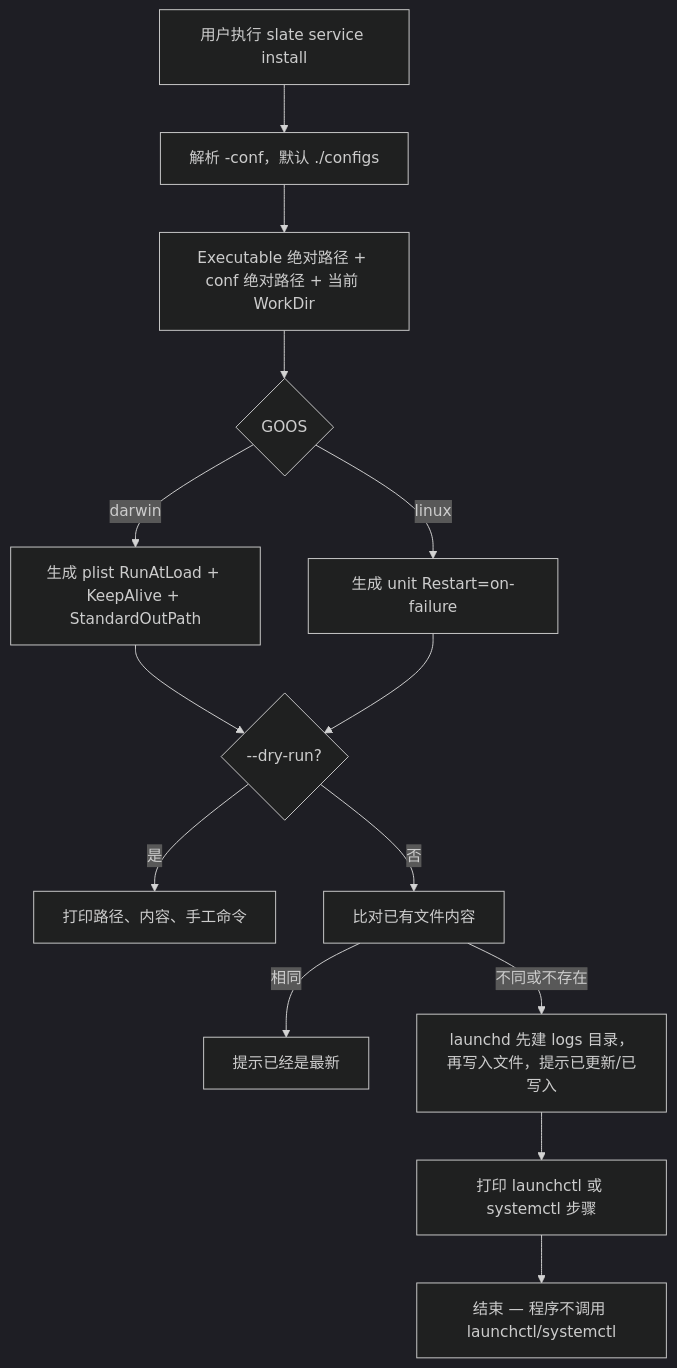
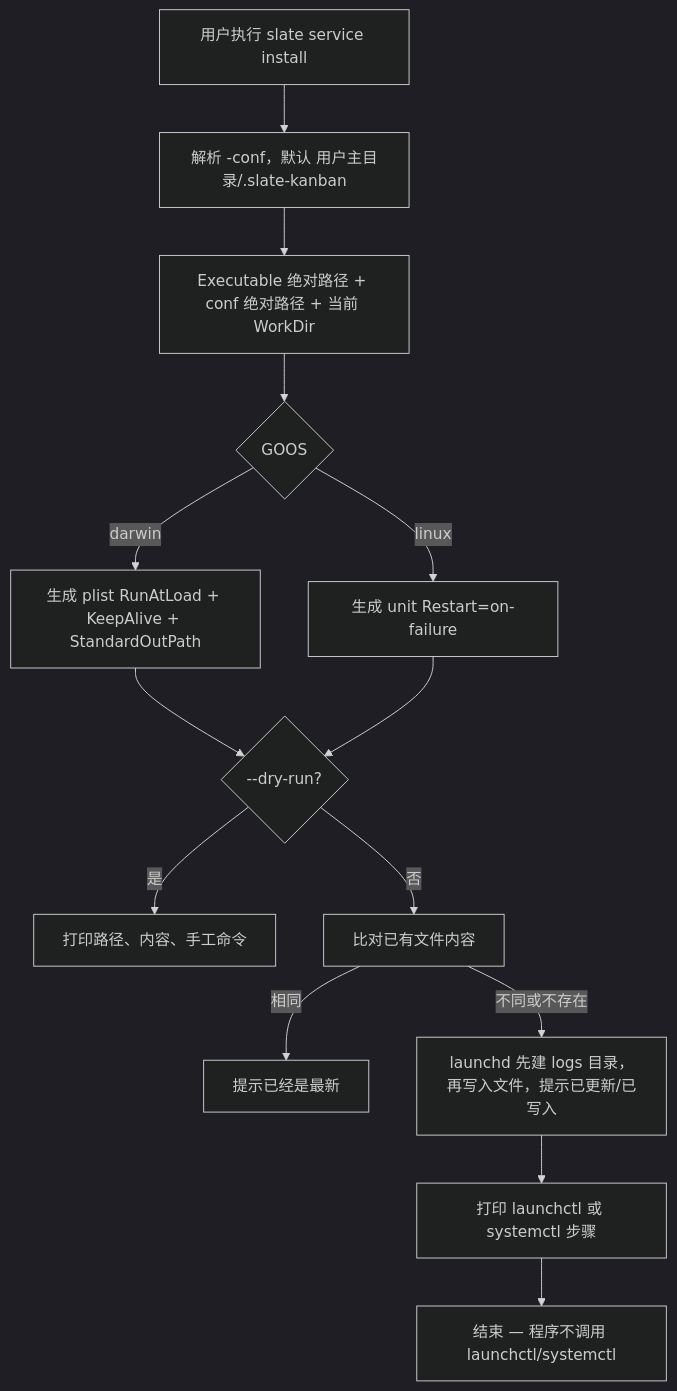
Before and after one commit to ixugo/slate-kanban: the diagram in .cursor/scopes/deploy.service.go.md, drawn with Mermaid (dark theme). The commit also changed 13 other files, not shown here.

Commit message:
feat: 配置和数据库默认放在 ~/.slate-kanban，不再依赖启动目录

````diff
--- a/.cursor/scopes/deploy.service.go.md
+++ b/.cursor/scopes/deploy.service.go.md
@@ -51,16 +51,16 @@
 ```mermaid
 flowchart TD
-    A[用户执行 slate service install] --> B[解析 -conf，默认 ./configs]
+    A[用户执行 slate service install] --> B[解析 -conf，默认 用户主目录/.slate-kanban]
     B --> C[Executable 绝对路径 + conf 绝对路径 + 当前 WorkDir]
     C --> D{GOOS}
     D -->|darwin| E[生成 plist RunAtLoad + KeepAlive + StandardOutPath]
     D -->|linux| F[生成 unit Restart=on-failure]
     E --> G{--dry-run?}
     F --> G
     G -->|是| H[打印路径、内容、手工命令]
     G -->|否| I[比对已有文件内容]
     I -->|相同| J[提示已经是最新]
     I -->|不同或不存在| K[launchd 先建 logs 目录，再写入文件，提示已更新/已写入]
     K --> L[打印 launchctl 或 systemctl 步骤]
     L --> M[结束 — 程序不调用 launchctl/systemctl]
 ```
````
